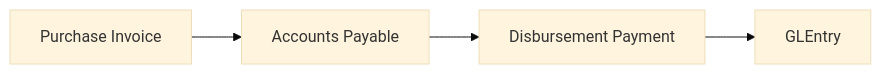
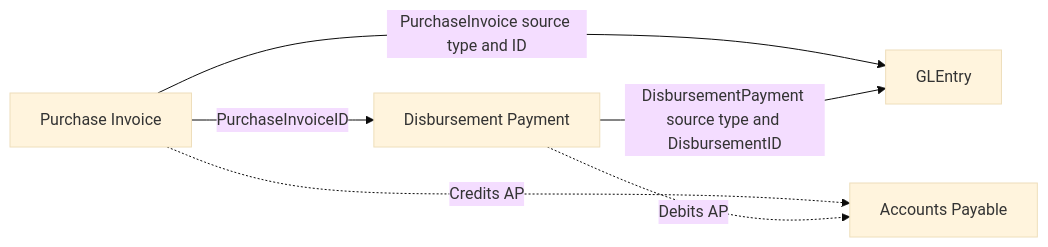
The fifth of 5 diagrams in docs/processes/p2p.md (mmcodesso/CharlesRiver_Database), drawn with Mermaid (base theme) before and after one commit. The commit also changed other lines of this file and 66 other files, not shown here.

````diff
--- a/docs/processes/p2p.md
+++ b/docs/processes/p2p.md
@@ -311,11 +318,15 @@
 ```mermaid
 flowchart LR
     accTitle: Supplier invoice payable and disbursement
-    accDescr: A purchase invoice establishes accounts payable, followed by disbursement and ledger detail.
+    accDescr: A solid labeled arrow identifies the invoice-payment key. Invoice and disbursement each post independently. Dashed arrows explain the AP account effect rather than stored joins.
     PI[Purchase Invoice]
     AP[Accounts Payable]
     DP[Disbursement Payment]
     GL[GLEntry]
 
-    PI --> AP --> DP --> GL
+    PI -->|PurchaseInvoiceID| DP
+    PI -->|PurchaseInvoice source type and ID| GL
+    DP -->|DisbursementPayment source type and DisbursementID| GL
+    PI -. Credits AP .-> AP
+    DP -. Debits AP .-> AP
 ```
````
